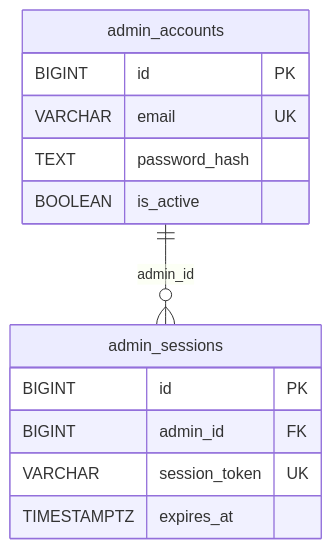
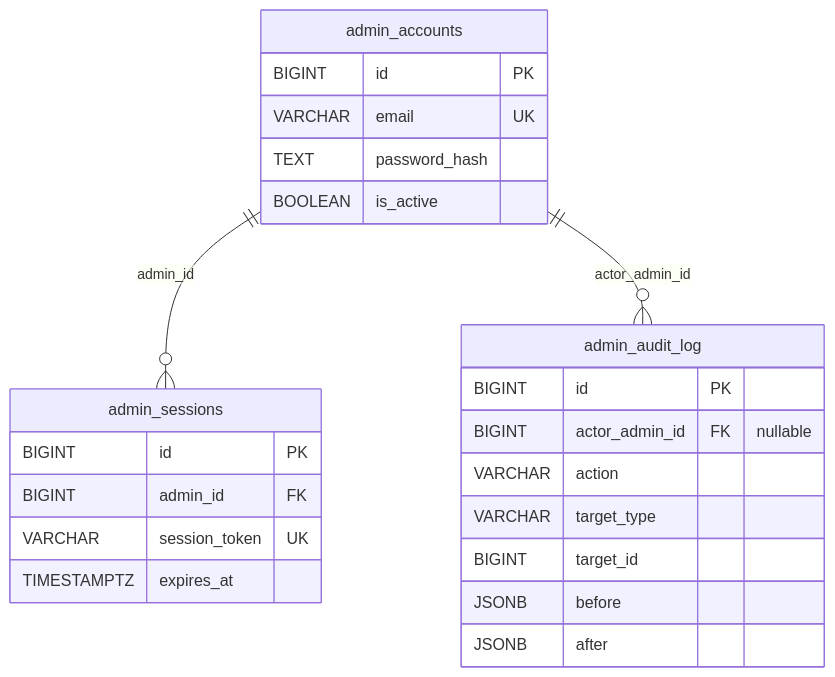
Before and after one commit to AIX14-3/signal-alpha: the eighth of 10 diagrams in database/erd/signal_alpha_core_erd.md, drawn with Mermaid. The commit also changed other lines of this file, not shown here.

````diff
--- a/database/erd/signal_alpha_core_erd.md
+++ b/database/erd/signal_alpha_core_erd.md
@@ -456,18 +642,29 @@
 ```mermaid
 erDiagram
     admin_accounts {
         BIGINT id PK
         VARCHAR email UK
         TEXT password_hash
         BOOLEAN is_active
     }
 
     admin_sessions {
         BIGINT id PK
         BIGINT admin_id FK
         VARCHAR session_token UK
         TIMESTAMPTZ expires_at
     }
 
+    admin_audit_log {
+        BIGINT id PK
+        BIGINT actor_admin_id FK "nullable"
+        VARCHAR action
+        VARCHAR target_type
+        BIGINT target_id
+        JSONB before
+        JSONB after
+    }
+
     admin_accounts ||--o{ admin_sessions : "admin_id"
+    admin_accounts ||--o{ admin_audit_log : "actor_admin_id"
 ```
````
